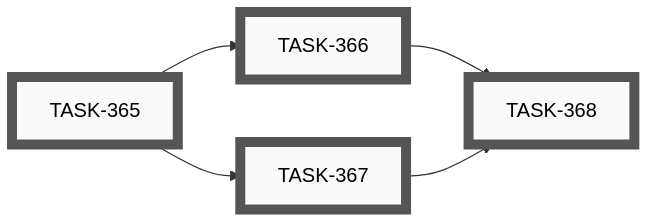
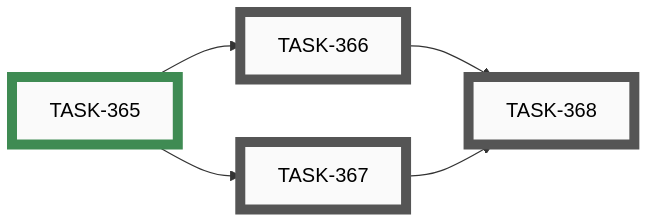
The seventh of 11 diagrams in docs/developers/tasks/EPICS.md (tgd1975/AwesomeGuitarPedal), drawn with Mermaid before and after one commit. The commit also changed other lines of this file and 6 other files, not shown here.

Commit message:
close TASK-365: scope BLE services guide — single file, fold IMPLEMENTATION_NOTES, success criterion = next-task adoption

````diff
--- a/docs/developers/tasks/EPICS.md
+++ b/docs/developers/tasks/EPICS.md
@@ -237,23 +240,23 @@
 ```mermaid
 graph LR
-    TASK_365["TASK-365"]:::open
     TASK_366["TASK-366"]:::open
     TASK_367["TASK-367"]:::open
     TASK_368["TASK-368"]:::open
+    TASK_365["TASK-365"]:::closed
     TASK_365 --> TASK_366
     TASK_365 --> TASK_367
     TASK_366 --> TASK_368
     TASK_367 --> TASK_368
-    click TASK_365 "open/task-365-scope-ble-services-guide.md"
     click TASK_366 "open/task-366-draft-catalog-and-recipe-sections.md"
     click TASK_367 "open/task-367-draft-conventions-invariants-gotchas.md"
     click TASK_368 "open/task-368-draft-tests-references-and-verify.md"
+    click TASK_365 "closed/task-365-scope-ble-services-guide.md"
     classDef open    fill:#FAFAFA,stroke:#555,stroke-width:8px,color:#000
     classDef active  fill:#FAFAFA,stroke:#1A6FA8,stroke-width:8px,color:#000
     classDef closed  fill:#FAFAFA,stroke:#3F8B53,stroke-width:8px,color:#000
     classDef paused  fill:#FAFAFA,stroke:#B07810,stroke-width:8px,color:#000
     classDef openExt    fill:#000,stroke:#888,stroke-width:8px,color:#FFF
     classDef activeExt  fill:#000,stroke:#3FA9F5,stroke-width:8px,color:#FFF
     classDef closedExt  fill:#000,stroke:#7CC68A,stroke-width:8px,color:#FFF
     classDef pausedExt  fill:#000,stroke:#F0B030,stroke-width:8px,color:#FFF
 ```
````
